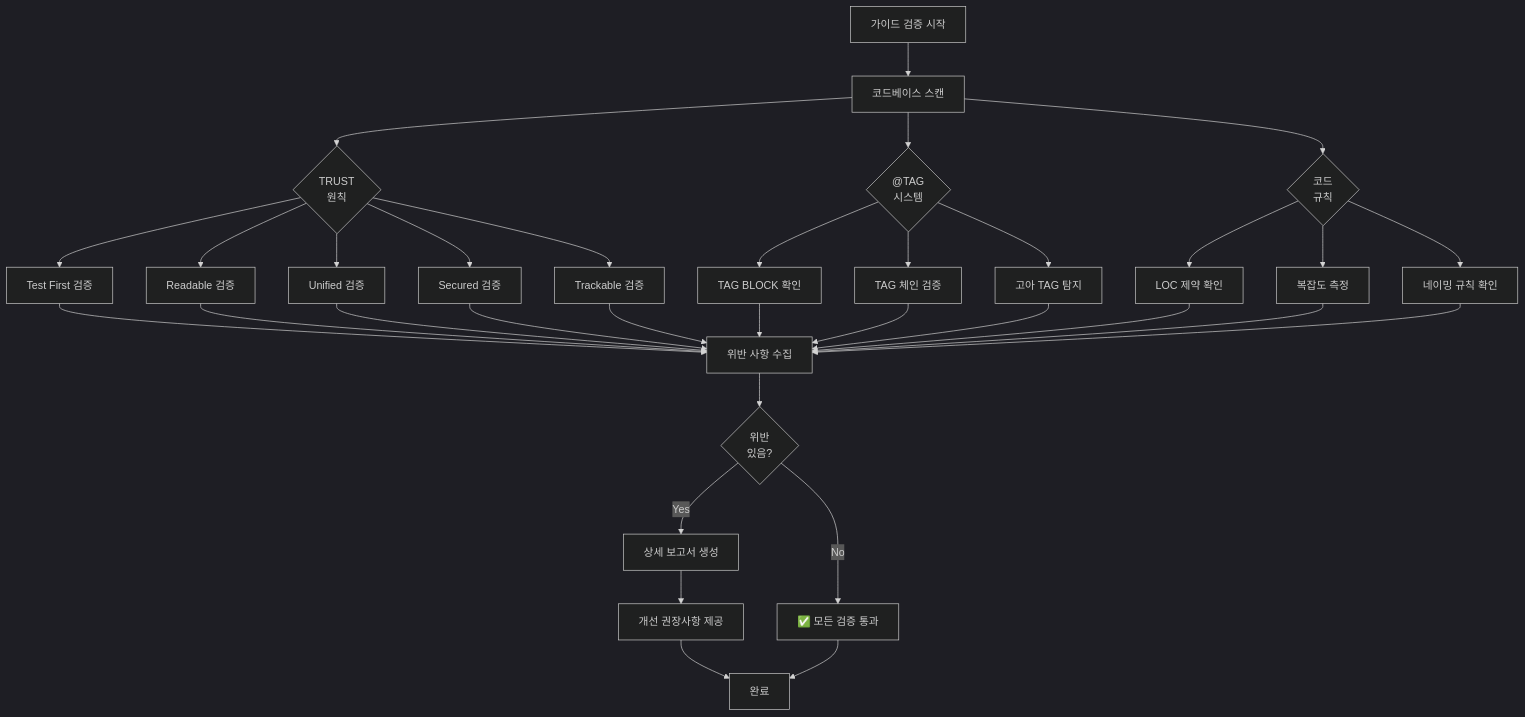
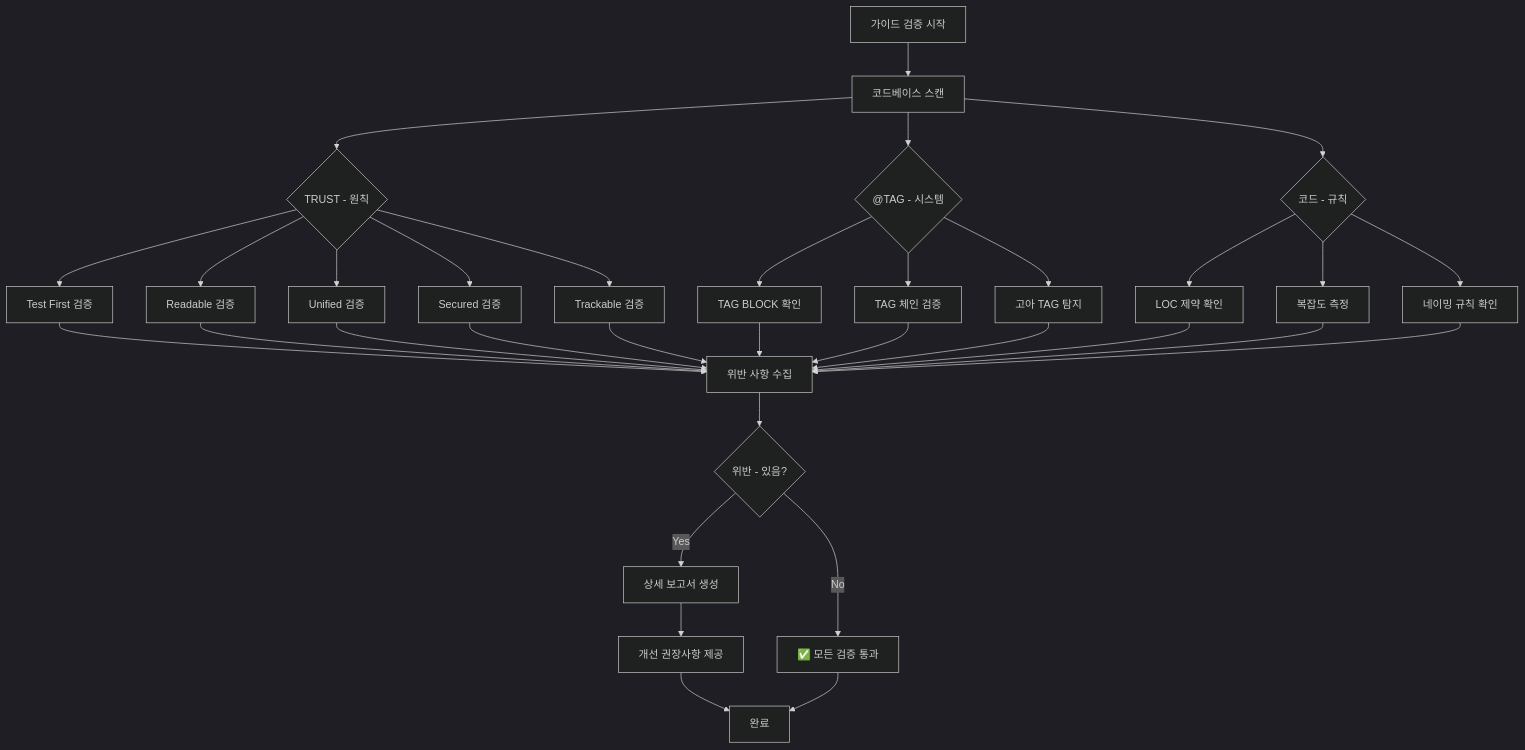
One commit to modu-ai/moai-adk changed the second of 3 diagrams in docs/claude/agents/debug-helper.md. Above: the diagram before and after it, drawn with Mermaid (dark theme). The commit also changed other lines of this file and 447 other files, not shown here.

````diff
--- a/docs/claude/agents/debug-helper.md
+++ b/docs/claude/agents/debug-helper.md
@@ -276,44 +276,44 @@
 ```mermaid
 flowchart TD
     A["가이드 검증 시작"] --> B["코드베이스 스캔"]
 
-    B --> C{"TRUST<br/>원칙"}
-    B --> D{"@TAG<br/>시스템"}
-    B --> E{"코드<br/>규칙"}
+    B --> C{"TRUST - 원칙"}
+    B --> D{"@TAG - 시스템"}
+    B --> E{"코드 - 규칙"}
 
     C --> C1["Test First 검증"]
     C --> C2["Readable 검증"]
     C --> C3["Unified 검증"]
     C --> C4["Secured 검증"]
     C --> C5["Trackable 검증"]
 
     D --> D1["TAG BLOCK 확인"]
     D --> D2["TAG 체인 검증"]
     D --> D3["고아 TAG 탐지"]
 
     E --> E1["LOC 제약 확인"]
     E --> E2["복잡도 측정"]
     E --> E3["네이밍 규칙 확인"]
 
     C1 --> F["위반 사항 수집"]
     C2 --> F
     C3 --> F
     C4 --> F
     C5 --> F
     D1 --> F
     D2 --> F
     D3 --> F
     E1 --> F
     E2 --> F
     E3 --> F
 
-    F --> G{"위반<br/>있음?"}
+    F --> G{"위반 - 있음?"}
 
     G -->|Yes| H["상세 보고서 생성"]
     G -->|No| I["✅ 모든 검증 통과"]
 
     H --> J["개선 권장사항 제공"]
     J --> K["완료"]
     I --> K
 
 ```
````
